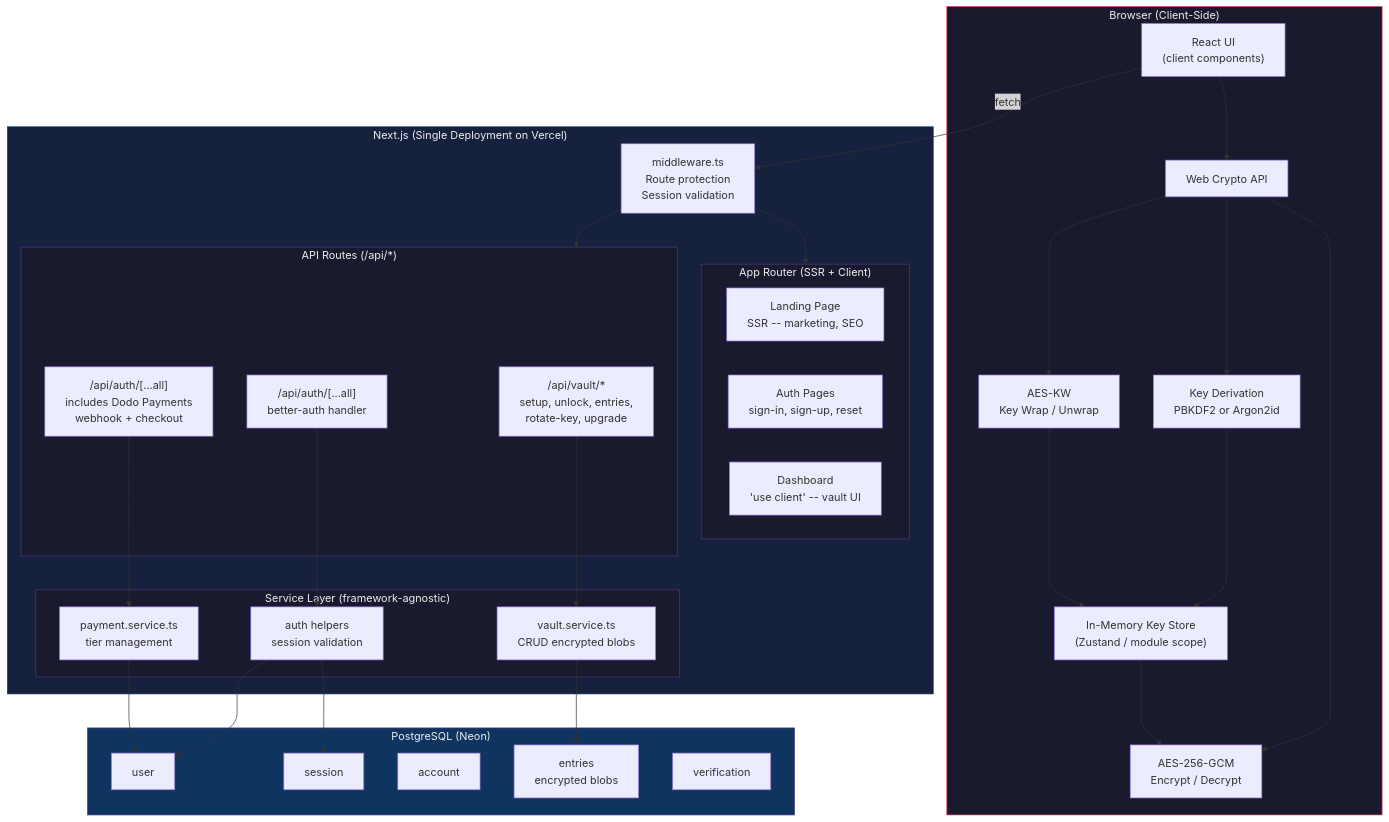
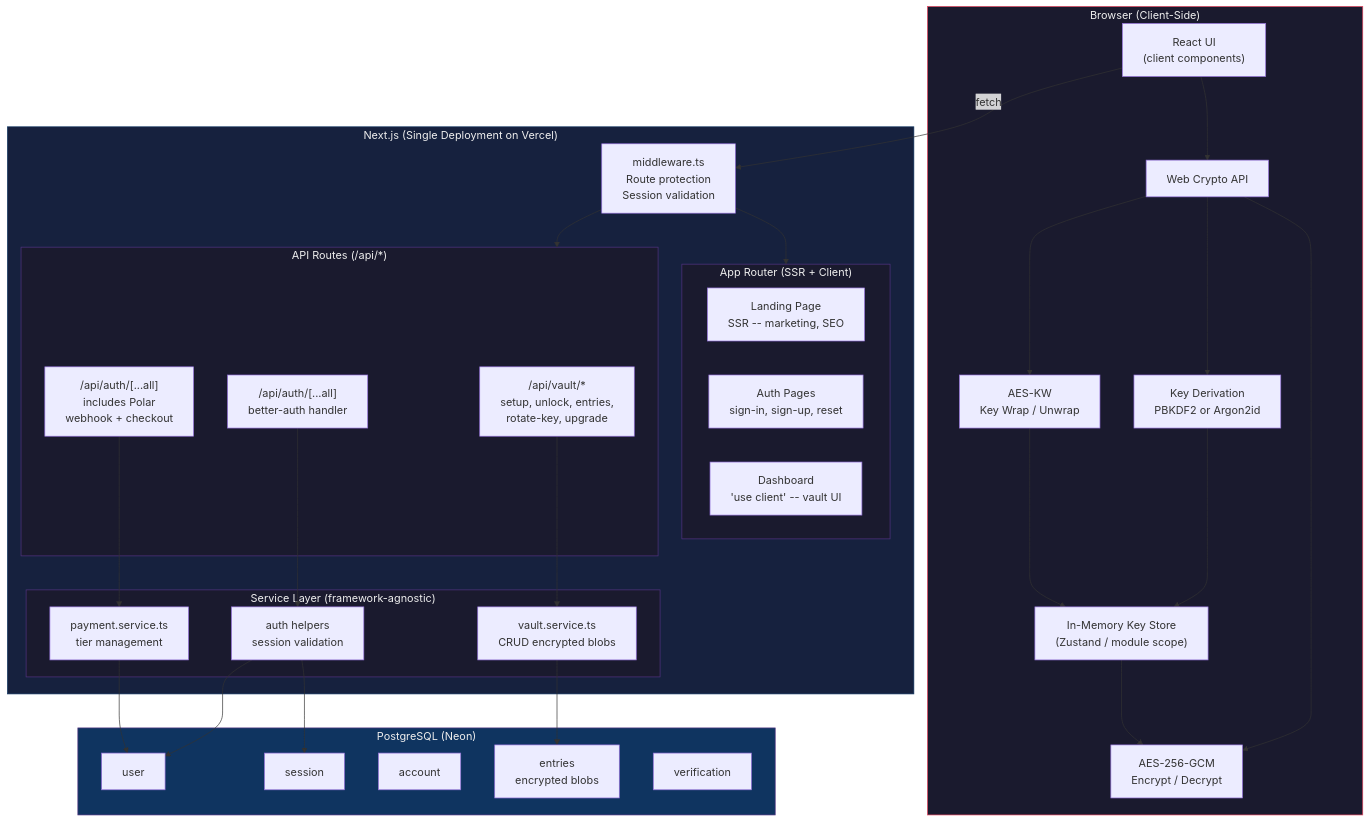
One commit to kunalsinghdadhwal/lockr changed the first of 8 diagrams in docs/ARCHITECTURE.md. Above: the diagram before and after it, drawn with Mermaid. The commit also changed other lines of this file and 1 other file, not shown here.

Commit message:
polar and crypto

````diff
--- a/docs/ARCHITECTURE.md
+++ b/docs/ARCHITECTURE.md
@@ -15,67 +15,67 @@
 ```mermaid
 graph TB
     subgraph Client ["Browser (Client-Side)"]
         UI["React UI<br/>(client components)"]
         WC[Web Crypto API]
         KDF[Key Derivation<br/>PBKDF2 or Argon2id]
         ENC[AES-256-GCM<br/>Encrypt / Decrypt]
         KW[AES-KW<br/>Key Wrap / Unwrap]
         MEM["In-Memory Key Store<br/>(Zustand / module scope)"]
     end
 
     subgraph NextApp ["Next.js (Single Deployment on Vercel)"]
         subgraph Pages ["App Router (SSR + Client)"]
             LP[Landing Page<br/>SSR -- marketing, SEO]
             AUTH_P[Auth Pages<br/>sign-in, sign-up, reset]
             DASH["Dashboard<br/>'use client' -- vault UI"]
         end
 
         subgraph API ["API Routes (/api/*)"]
             AV["/api/vault/*<br/>setup, unlock, entries,<br/>rotate-key, upgrade"]
             AA["/api/auth/[...all]<br/>better-auth handler"]
-            AW["/api/auth/[...all]<br/>includes Dodo Payments<br/>webhook + checkout"]
+            AW["/api/auth/[...all]<br/>includes Polar<br/>webhook + checkout"]
         end
 
         subgraph SVC ["Service Layer (framework-agnostic)"]
             VS[vault.service.ts<br/>CRUD encrypted blobs]
             AS[auth helpers<br/>session validation]
             PS[payment.service.ts<br/>tier management]
         end
 
         MW["middleware.ts<br/>Route protection<br/>Session validation"]
     end
 
     subgraph DB ["PostgreSQL (Neon)"]
         UT[user]
         ST[session]
         AT[account]
         ET[entries<br/>encrypted blobs]
         VT[verification]
     end
 
     UI --> WC
     WC --> KDF
     WC --> ENC
     WC --> KW
     KDF --> MEM
     KW --> MEM
     MEM --> ENC
 
     UI -->|fetch| MW
     MW --> API
     MW --> Pages
     AV --> VS
     AA --> AS
     AW --> PS
     VS --> ET
     AS --> UT
     AS --> ST
     PS --> UT
 
     style Client fill:#1a1a2e,stroke:#e94560,color:#eee
     style NextApp fill:#16213e,stroke:#0f3460,color:#eee
     style Pages fill:#1a1a2e,stroke:#533483,color:#eee
     style API fill:#1a1a2e,stroke:#533483,color:#eee
     style SVC fill:#1a1a2e,stroke:#533483,color:#eee
     style DB fill:#0f3460,stroke:#533483,color:#eee
 ```
````
